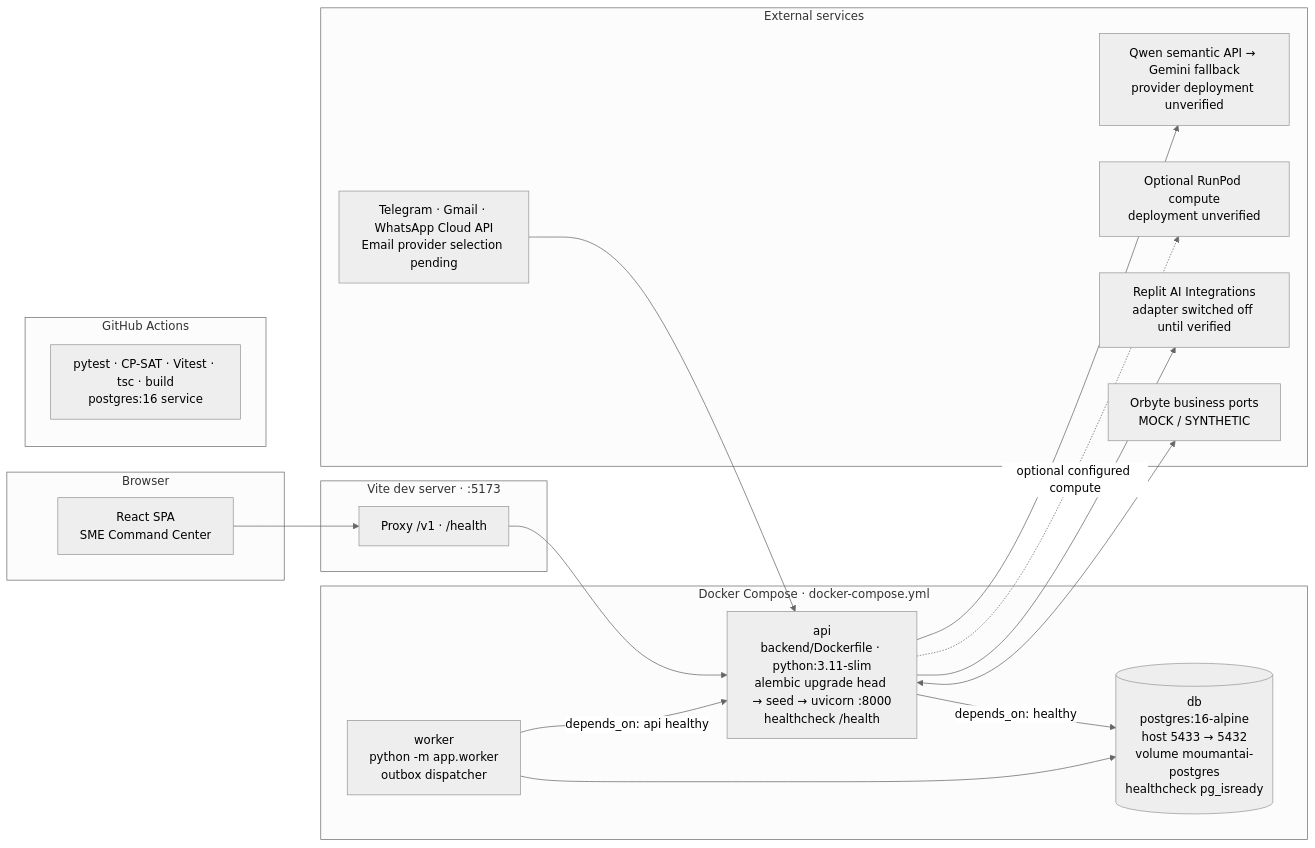
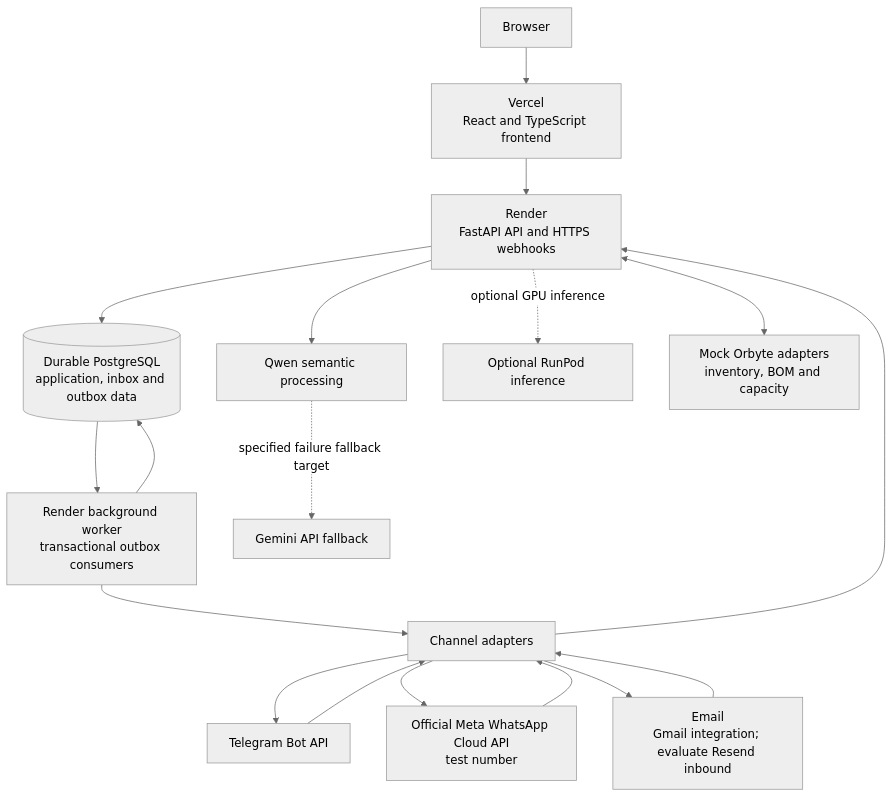
The eighth of 8 diagrams in README.md (jiahui-1101/MouManTAI), drawn with Mermaid (neutral theme) before and after one commit. The commit also changed other lines of this file, not shown here.

Commit message:
docs: refine judge-facing README and fix deployment diagram

````diff
--- a/README.md
+++ b/README.md
@@ -965,38 +934,22 @@
 ```mermaid
-flowchart LR
-    subgraph USER["Browser"]
-        UI["React SPA<br/>SME Command Center"]
-    end
+flowchart TB
+    B["Browser"] --> V["Vercel<br/>React and TypeScript frontend"]
+    V --> API["Render<br/>FastAPI API and HTTPS webhooks"]
+    API --> DB[("Durable PostgreSQL<br/>application, inbox and outbox data")]
+    DB --> WORK["Render background worker<br/>transactional outbox consumers"]
+    WORK --> DB
 
-    subgraph VITE["Vite dev server · :5173"]
-        PX["Proxy /v1 · /health"]
-    end
+    TG["Telegram Bot API"] --> CH["Channel adapters"]
+    WA["Official Meta WhatsApp Cloud API<br/>test number"] --> CH
+    EMAIL["Email<br/>Gmail integration; evaluate Resend inbound"] --> CH
+    CH --> API
+    WORK --> CH
+    CH --> TG
+    CH --> WA
+    CH --> EMAIL
 
-    subgraph COMPOSE["Docker Compose · docker-compose.yml"]
-        DB[("db<br/>postgres:16-alpine<br/>host 5433 → 5432<br/>volume moumantai-postgres<br/>healthcheck pg_isready")]
-        API["api<br/>backend/Dockerfile · python:3.11-slim<br/>alembic upgrade head → seed → uvicorn :8000<br/>healthcheck /health"]
-        WK["worker<br/>python -m app.worker<br/>outbox dispatcher"]
-    end
-
-    subgraph EXT["External services"]
-        LLM["Qwen semantic API → Gemini fallback<br/>provider deployment unverified"]
-        RP["Optional RunPod compute<br/>deployment unverified"]
-        CHN["Telegram · Gmail · WhatsApp Cloud API<br/>Email provider selection pending"]
-        RAI["Replit AI Integrations<br/>adapter switched off until verified"]
-        ORB["Orbyte business ports<br/>MOCK / SYNTHETIC"]
-    end
-
-    subgraph CI["GitHub Actions"]
-        GHA["pytest · CP-SAT · Vitest · tsc · build<br/>postgres:16 service"]
-    end
-
-    UI --> PX --> API
-    API -->|"depends_on: healthy"| DB
-    WK -->|"depends_on: api healthy"| API
-    WK --> DB
-    API --> LLM
-    API -. optional configured compute .-> RP
-    CHN --> API
-    API --> RAI
-    API <--> ORB
+    API --> QWEN["Qwen semantic processing"]
+    QWEN -. "specified failure fallback target" .-> GEM["Gemini API fallback"]
+    API -. "optional GPU inference" .-> RP["Optional RunPod inference"]
+    API <--> ORB["Mock Orbyte adapters<br/>inventory, BOM and capacity"]
 ```
````
